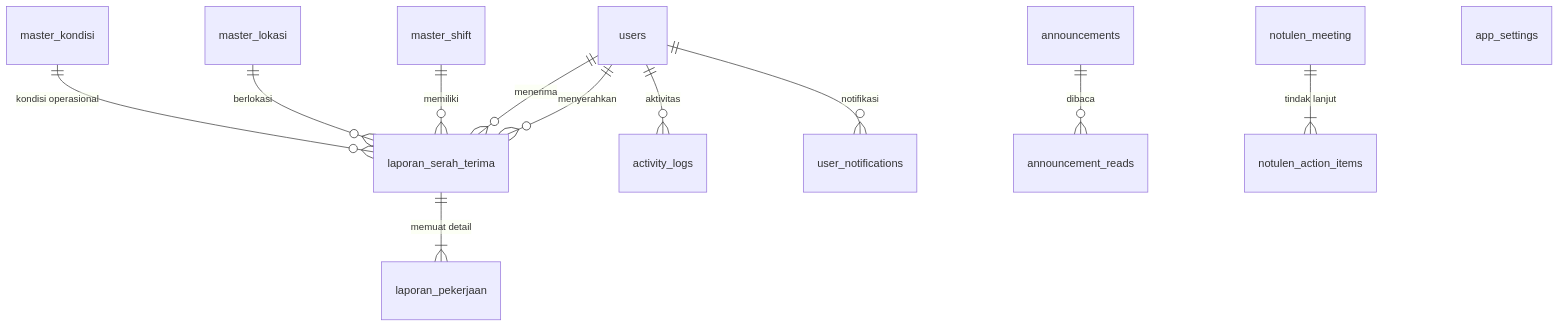
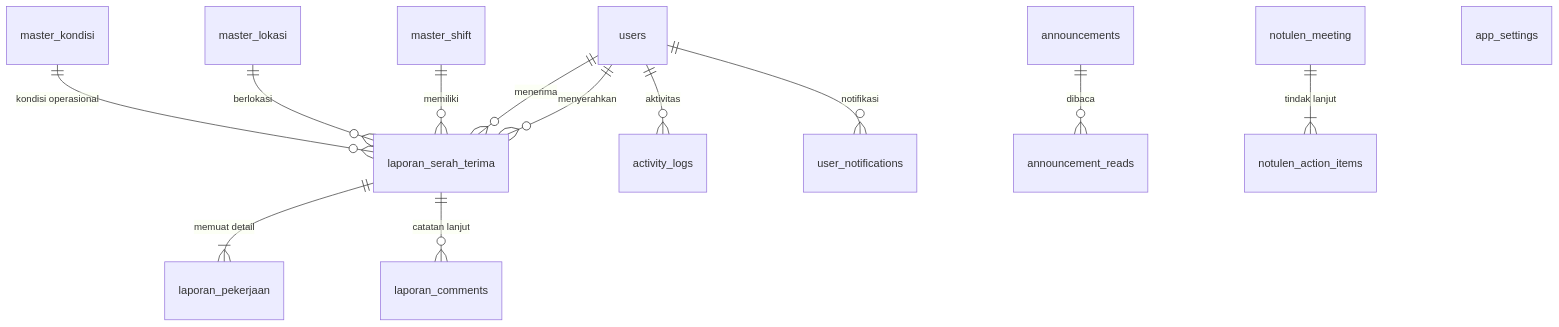
Before and after one commit to frambudi75/shift-handover: the diagram in docs/database.md, drawn with Mermaid. The commit also changed other lines of this file and 4 other files, not shown here.

````diff
--- a/docs/database.md
+++ b/docs/database.md
@@ -6,14 +6,15 @@
 ```mermaid
 erDiagram
     users ||--o{ laporan_serah_terima : "menyerahkan"
     users ||--o{ laporan_serah_terima : "menerima"
     master_shift ||--o{ laporan_serah_terima : "memiliki"
     master_lokasi ||--o{ laporan_serah_terima : "berlokasi"
     laporan_serah_terima ||--|{ laporan_pekerjaan : "memuat detail"
+    laporan_serah_terima ||--o{ laporan_comments : "catatan lanjut"
     master_kondisi ||--o{ laporan_serah_terima : "kondisi operasional"
     users ||--o{ activity_logs : "aktivitas"
     users ||--o{ user_notifications : "notifikasi"
     announcements ||--o{ announcement_reads : "dibaca"
     notulen_meeting ||--|{ notulen_action_items : "tindak lanjut"
     app_settings
 ```
````
